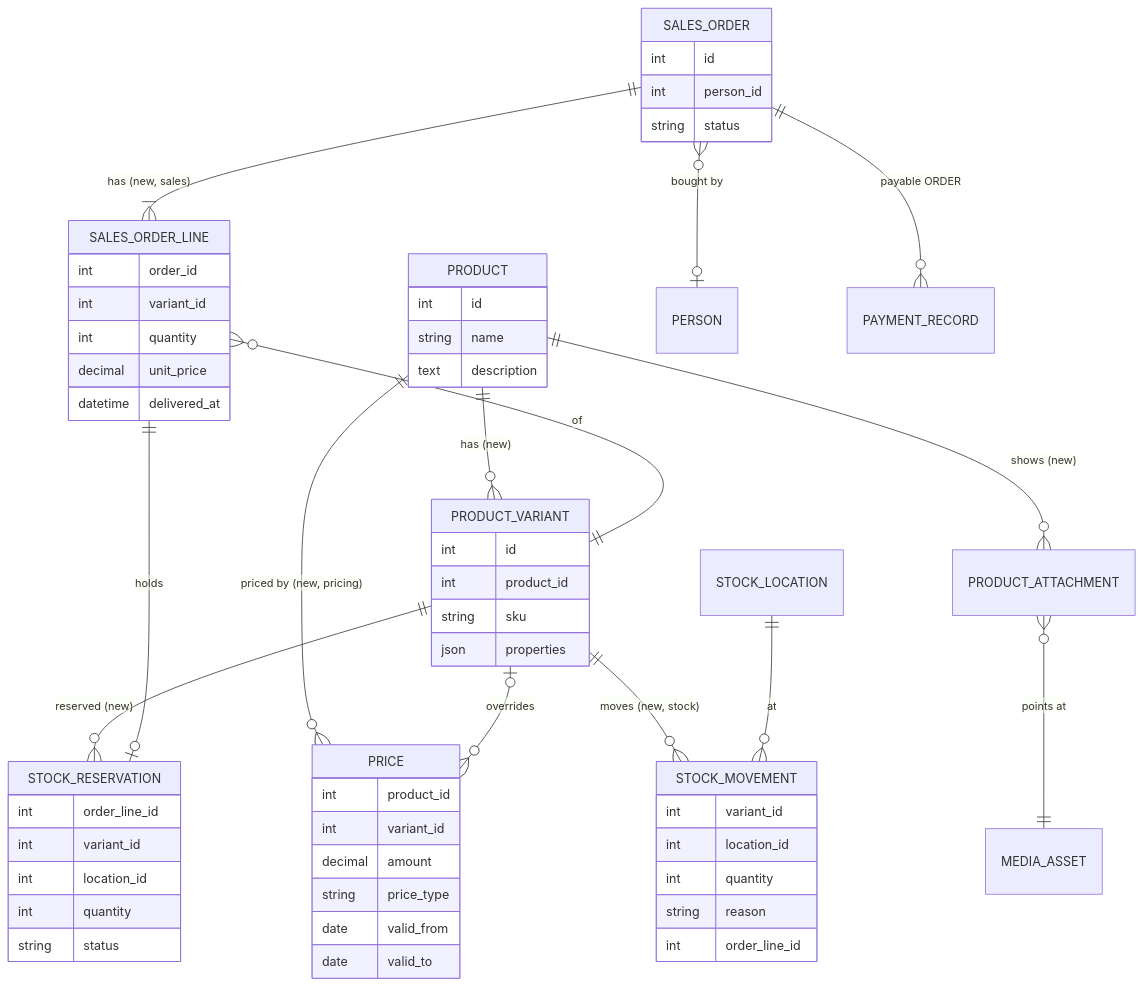
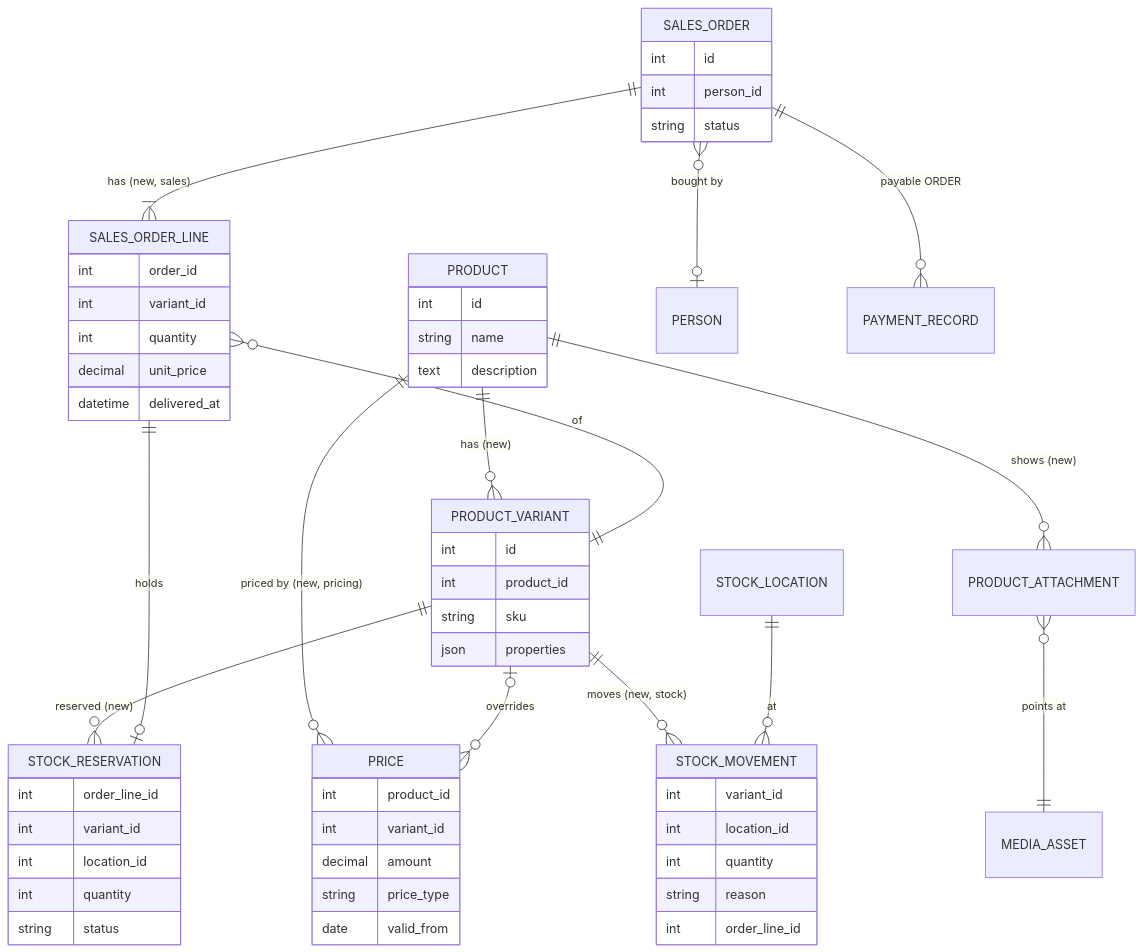
One commit to KoenRenders/KoenTest changed the fifth of 5 diagrams in docs/change_request_21_shop.md. Above: the diagram before and after it, drawn with Mermaid. The commit also changed other lines of this file, not shown here.

First line of the commit message:
CR-21 webshop: architecture review — every ledger writer locks, T6 second interleaving, branch sync rule, ERD, package shape, unpriced variant, default location on write

````diff
--- a/docs/change_request_21_shop.md
+++ b/docs/change_request_21_shop.md
@@ -507,23 +507,23 @@
 ```mermaid
 erDiagram
   PRODUCT ||--o{ PRODUCT_VARIANT : "has (new)"
   PRODUCT ||--o{ PRODUCT_ATTACHMENT : "shows (new)"
   PRODUCT_ATTACHMENT }o--|| MEDIA_ASSET : "points at"
   PRODUCT ||--o{ PRICE : "priced by (new, pricing)"
   PRODUCT_VARIANT |o--o{ PRICE : "overrides"
   PRODUCT_VARIANT ||--o{ STOCK_MOVEMENT : "moves (new, stock)"
   STOCK_LOCATION ||--o{ STOCK_MOVEMENT : "at"
   PRODUCT_VARIANT ||--o{ STOCK_RESERVATION : "reserved (new)"
   SALES_ORDER ||--|{ SALES_ORDER_LINE : "has (new, sales)"
   SALES_ORDER_LINE ||--o| STOCK_RESERVATION : "holds"
   SALES_ORDER_LINE }o--|| PRODUCT_VARIANT : "of"
   SALES_ORDER }o--o| PERSON : "bought by"
   SALES_ORDER ||--o{ PAYMENT_RECORD : "payable ORDER"
   PRODUCT { int id string name text description }
   PRODUCT_VARIANT { int id int product_id string sku json properties }
-  PRICE { int product_id int variant_id decimal amount string price_type date valid_from date valid_to }
+  PRICE { int product_id int variant_id decimal amount string price_type date valid_from }
   STOCK_MOVEMENT { int variant_id int location_id int quantity string reason int order_line_id }
   STOCK_RESERVATION { int order_line_id int variant_id int location_id int quantity string status }
   SALES_ORDER { int id int person_id string status }
   SALES_ORDER_LINE { int order_id int variant_id int quantity decimal unit_price datetime delivered_at }
 ```
````
